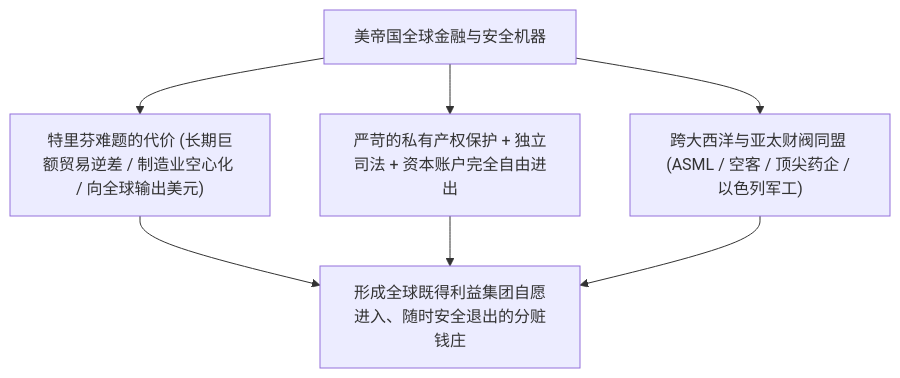
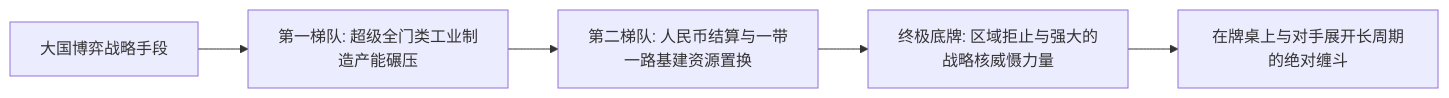
One commit to Terry-/glog changed the second of 2 diagrams in src/content/blog/Global Sea Power and the Geopolitics of Modern Empire 2026-10-25.md. Above: the diagram before and after it, drawn with Mermaid. The commit also changed other lines of this file and 5 other files, not shown here.

````diff
--- a/src/content/blog/Global Sea Power and the Geopolitics of Modern Empire 2026-10-25.md
+++ b/src/content/blog/Global Sea Power and the Geopolitics of Modern Empire 2026-10-25.md
@@ -116,8 +78,7 @@
 ```mermaid
-graph TD
-    A["美帝国全球金融与安全机器"] --> B["特里芬难题的代价 (长期巨额贸易逆差 / 制造业空心化 / 向全球输出美元)"]
-    A --> C["严苛的私有产权保护 + 独立司法 + 资本账户完全自由进出"]
-    A --> D["跨大西洋与亚太财阀同盟 (ASML / 空客 / 顶尖药企 / 以色列军工)"]
-
-    B & C & D --> E["形成全球既得利益集团自愿进入、随时安全退出的分赃钱庄"]
+graph LR
+    A["大国博弈战略手段"] --> B["第一梯队: 超级全门类工业制造产能碾压"]
+    B --> C["第二梯队: 人民币结算与一带一路基建资源置换"]
+    C --> D["终极底牌: 区域拒止与强大的战略核威慑力量"]
+    D --> E["在牌桌上与对手展开长周期的绝对缠斗"]
 ```
````
